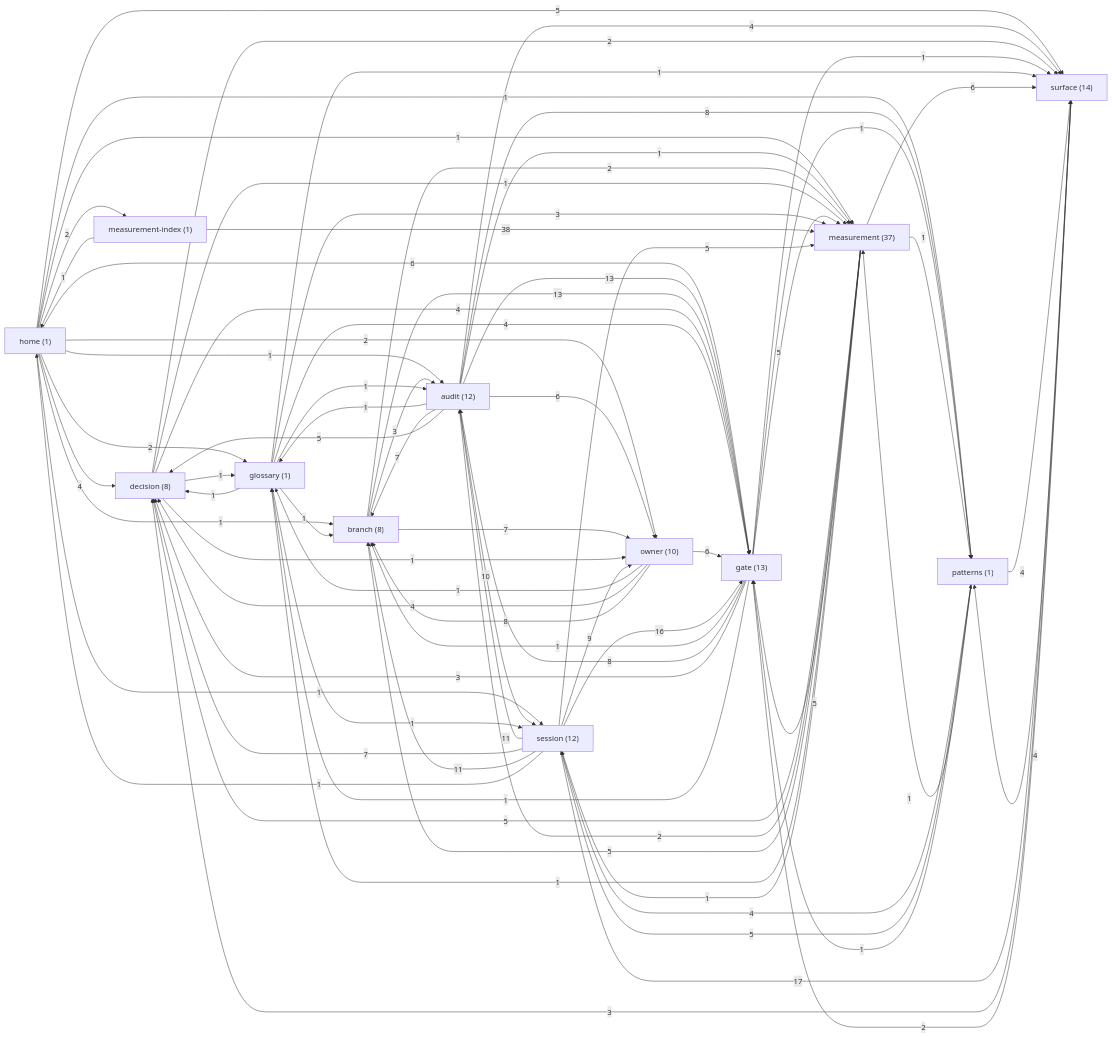
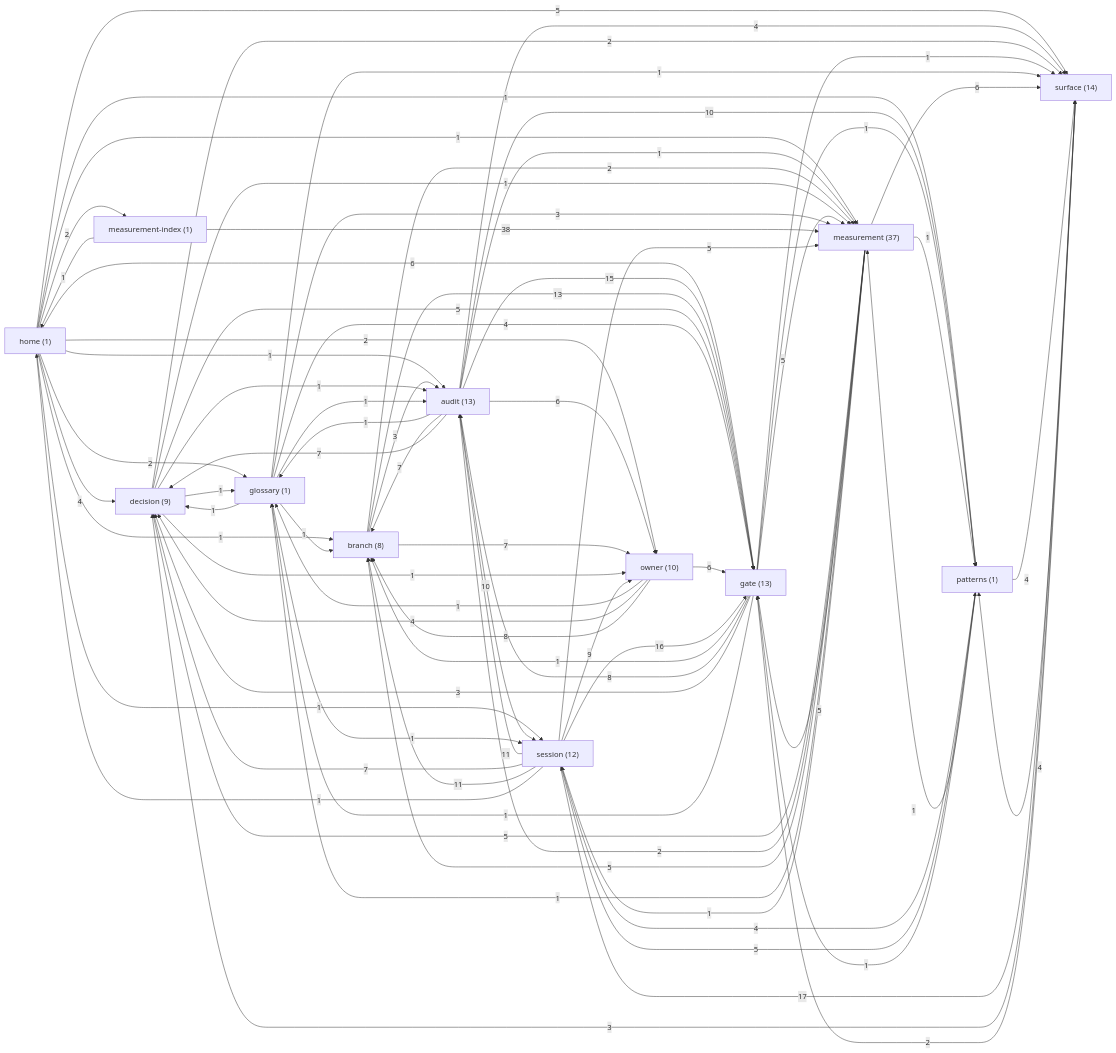
The diagram in docs/brain/GRAPH.md (sergey9519546/STORYMACHINE), drawn with Mermaid before and after one commit. The commit also changed other lines of this file and 8 other files, not shown here.

````diff
--- a/docs/brain/GRAPH.md
+++ b/docs/brain/GRAPH.md
@@ -9,9 +9,9 @@
 ```mermaid
 graph LR
   home["home (1)"]
-  audit["audit (12)"]
+  audit["audit (13)"]
   branch["branch (8)"]
-  decision["decision (8)"]
+  decision["decision (9)"]
   gate["gate (13)"]
   measurement["measurement (37)"]
   glossary["glossary (1)"]
@@ -34,9 +34,9 @@
   audit -->|1| glossary
   audit -->|10| session
   audit -->|7| branch
-  audit -->|13| gate
-  audit -->|5| decision
-  audit -->|8| patterns
+  audit -->|15| gate
+  audit -->|7| decision
+  audit -->|10| patterns
   audit -->|6| owner
   audit -->|4| surface
   audit -->|1| measurement
@@ -45,9 +45,10 @@
   branch -->|13| gate
   branch -->|2| measurement
   decision -->|1| glossary
-  decision -->|4| gate
+  decision -->|5| gate
   decision -->|2| surface
   decision -->|1| owner
+  decision -->|1| audit
   decision -->|1| measurement
   gate -->|1| branch
   gate -->|8| audit
````
